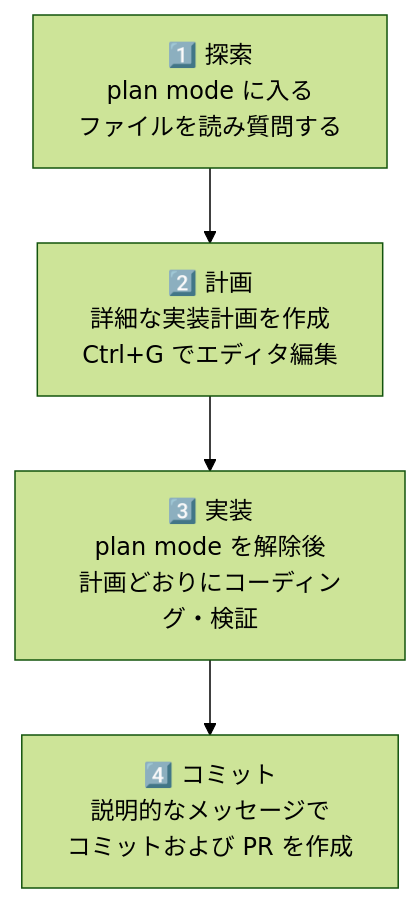
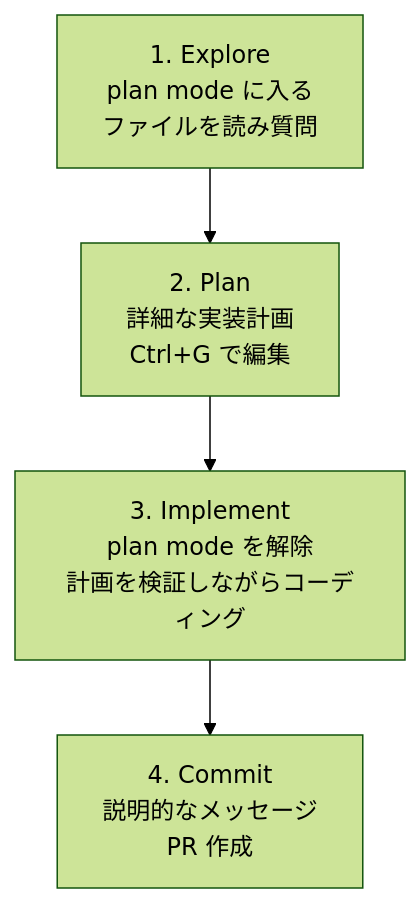
Before and after one commit to modu-ai/moai-adk: the diagram in docs-site/content/ja/claude-code/agentic/best-practices.md, drawn with Mermaid (forest theme). The commit also changed other lines of this file and 395 other files, not shown here.

````diff
--- a/docs-site/content/ja/claude-code/agentic/best-practices.md
+++ b/docs-site/content/ja/claude-code/agentic/best-practices.md
@@ -40,6 +41,6 @@
 ```mermaid
 flowchart TD
-    A["1️⃣ 探索<br/>plan mode に入る<br/>ファイルを読み質問する"] --> B["2️⃣ 計画<br/>詳細な実装計画を作成<br/>Ctrl+G でエディタ編集"]
-    B --> C["3️⃣ 実装<br/>plan mode を解除後<br/>計画どおりにコーディング・検証"]
-    C --> D["4️⃣ コミット<br/>説明的なメッセージで<br/>コミットおよび PR を作成"]
+    A["1. Explore<br/>plan mode に入る<br/>ファイルを読み質問"] --> B["2. Plan<br/>詳細な実装計画<br/>Ctrl+G で編集"]
+    B --> C["3. Implement<br/>plan mode を解除<br/>計画を検証しながらコーディング"]
+    C --> D["4. Commit<br/>説明的なメッセージ<br/>PR 作成"]
 ```
````
